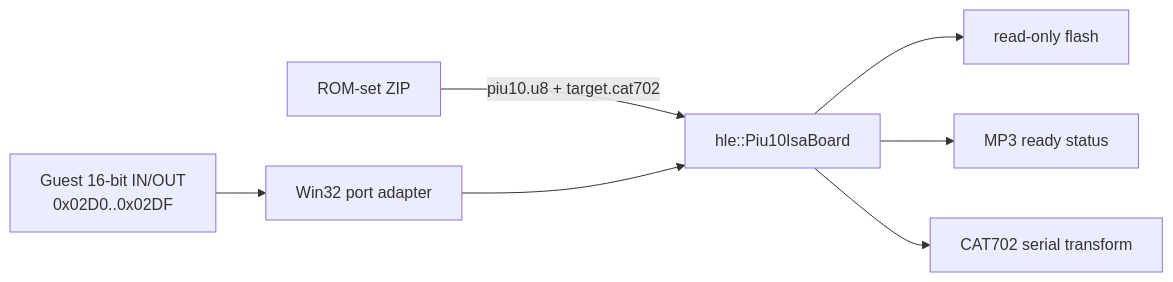
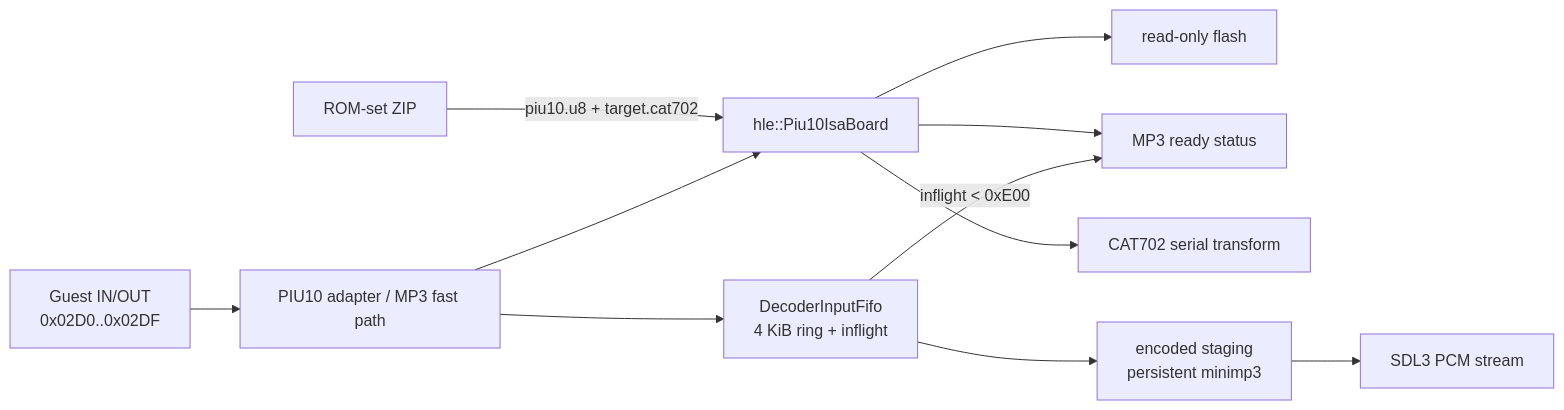
Before and after one commit to nworkers/rePIU: the tenth of 31 diagrams in ARCHITECTURE.md, drawn with Mermaid. The commit also changed other lines of this file and 69 other files, not shown here.

Commit message:
Add target-scoped PIU10 MP3 streaming HLE

````diff
--- a/ARCHITECTURE.md
+++ b/ARCHITECTURE.md
@@ -577,8 +586,10 @@
 ```mermaid
 flowchart LR
-    R["ROM-set ZIP"] -->|"piu10.u8 + target.cat702"| D["hle::Piu10IsaBoard"]
-    G["Guest 16-bit IN/OUT<br/>0x02D0..0x02DF"] --> W["Win32 port adapter"] --> D
+    Z["ROM-set ZIP"] -->|"piu10.u8 + target.cat702"| D["hle::Piu10IsaBoard"]
+    G["Guest IN/OUT<br/>0x02D0..0x02DF"] --> W["PIU10 adapter / MP3 fast path"] --> D
     D --> F["read-only flash"]
     D --> M["MP3 ready status"]
     D --> C["CAT702 serial transform"]
+    W --> Q["DecoderInputFifo<br/>4 KiB ring + inflight"] --> M3["encoded staging<br/>persistent minimp3"] --> S["SDL3 PCM stream"]
+    Q -->|"inflight < 0xE00"| M
 ```
````
